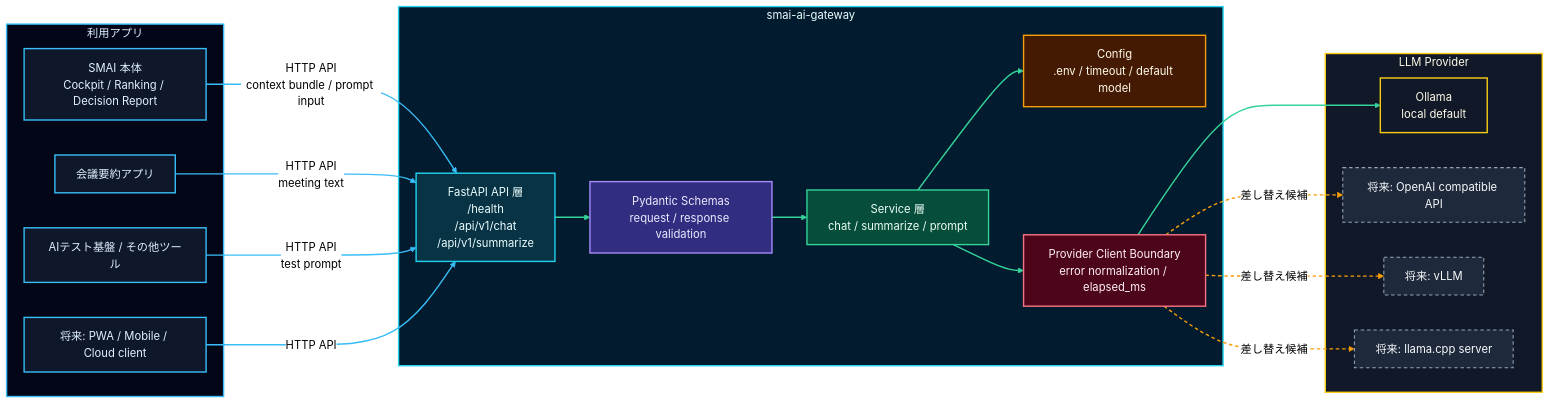
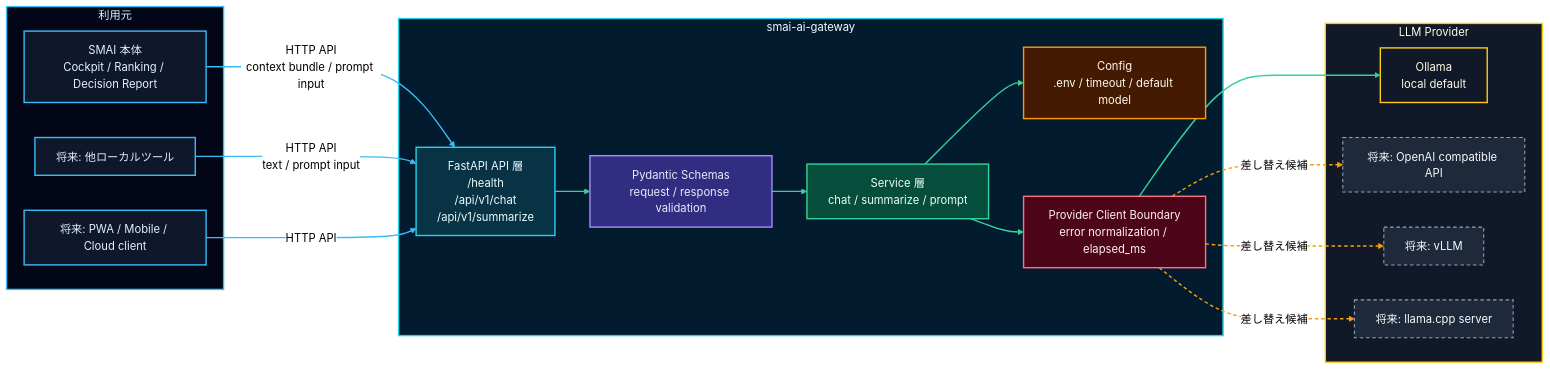
One commit to yuki-godzilla/Smart_Market_AI changed the diagram in smai-ai-gateway/README.md. Above: the diagram before and after it, drawn with Mermaid (neutral theme). The commit also changed other lines of this file and 9 other files, not shown here.

````diff
--- a/smai-ai-gateway/README.md
+++ b/smai-ai-gateway/README.md
@@ -33,64 +33,62 @@
 ```mermaid
 flowchart LR
-  subgraph clients["利用アプリ"]
+  subgraph clients["利用元"]
     smai["SMAI 本体<br/>Cockpit / Ranking / Decision Report"]
-    meeting["会議要約アプリ"]
-    testtools["AIテスト基盤 / その他ツール"]
+    localtools["将来: 他ローカルツール"]
     future["将来: PWA / Mobile / Cloud client"]
   end
 
   subgraph gateway["smai-ai-gateway"]
     api["FastAPI API 層<br/>/health<br/>/api/v1/chat<br/>/api/v1/summarize"]
     schemas["Pydantic Schemas<br/>request / response validation"]
     services["Service 層<br/>chat / summarize / prompt"]
     config["Config<br/>.env / timeout / default model"]
     provider["Provider Client Boundary<br/>error normalization / elapsed_ms"]
   end
 
   subgraph providers["LLM Provider"]
     ollama["Ollama<br/>local default"]
     openai["将来: OpenAI compatible API"]
     vllm["将来: vLLM"]
     llamacpp["将来: llama.cpp server"]
   end
 
   smai -- "HTTP API<br/>context bundle / prompt input" --> api
-  meeting -- "HTTP API<br/>meeting text" --> api
-  testtools -- "HTTP API<br/>test prompt" --> api
+  localtools -- "HTTP API<br/>text / prompt input" --> api
   future -- "HTTP API" --> api
 
   api --> schemas
   schemas --> services
   services --> config
   services --> provider
   provider --> ollama
   provider -. "差し替え候補" .-> openai
   provider -. "差し替え候補" .-> vllm
   provider -. "差し替え候補" .-> llamacpp
 
   classDef client fill:#0f172a,stroke:#38bdf8,color:#e0f2fe,stroke-width:2px;
   classDef api fill:#083344,stroke:#22d3ee,color:#ecfeff,stroke-width:2px;
   classDef schema fill:#312e81,stroke:#a78bfa,color:#ede9fe,stroke-width:2px;
   classDef service fill:#064e3b,stroke:#34d399,color:#ecfdf5,stroke-width:2px;
   classDef config fill:#451a03,stroke:#f59e0b,color:#fffbeb,stroke-width:2px;
   classDef boundary fill:#4c0519,stroke:#fb7185,color:#fff1f2,stroke-width:2px;
   classDef provider fill:#111827,stroke:#facc15,color:#fefce8,stroke-width:2px;
   classDef futureProvider fill:#1e293b,stroke:#94a3b8,color:#f8fafc,stroke-width:1.5px,stroke-dasharray: 5 4;
 
-  class smai,meeting,testtools,future client;
+  class smai,localtools,future client;
   class api api;
   class schemas schema;
   class services service;
   class config config;
   class provider boundary;
   class ollama provider;
   class openai,vllm,llamacpp futureProvider;
 
   style clients fill:#020617,stroke:#38bdf8,stroke-width:2px,color:#e0f2fe;
   style gateway fill:#031b2e,stroke:#22d3ee,stroke-width:2px,color:#ecfeff;
   style providers fill:#111827,stroke:#facc15,stroke-width:2px,color:#fefce8;
 
-  linkStyle 0,1,2,3 stroke:#38bdf8,stroke-width:2px;
-  linkStyle 4,5,6,7,8 stroke:#34d399,stroke-width:2px;
-  linkStyle 9,10,11 stroke:#f59e0b,stroke-width:2px,stroke-dasharray: 5 4;
+  linkStyle 0,1,2 stroke:#38bdf8,stroke-width:2px;
+  linkStyle 3,4,5,6,7 stroke:#34d399,stroke-width:2px;
+  linkStyle 8,9,10 stroke:#f59e0b,stroke-width:2px,stroke-dasharray: 5 4;
 ```
````
